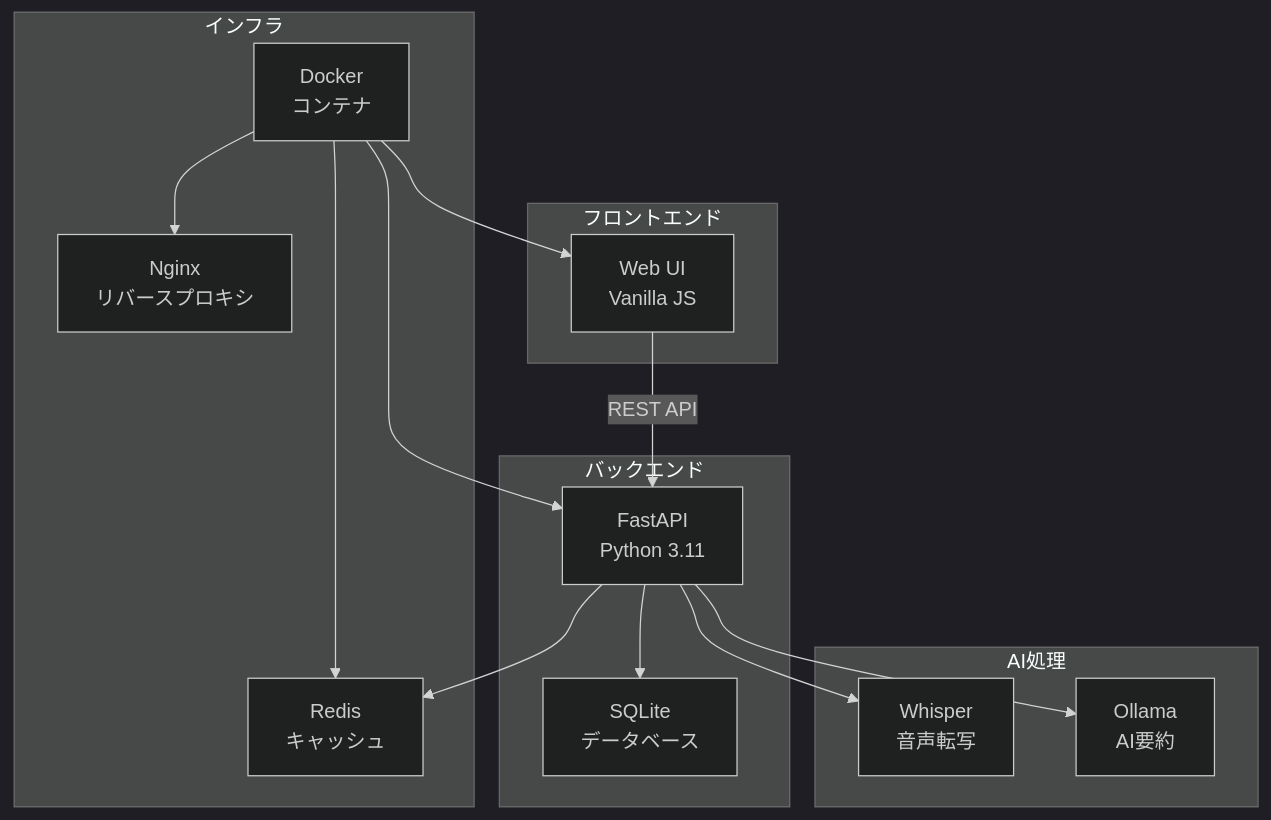
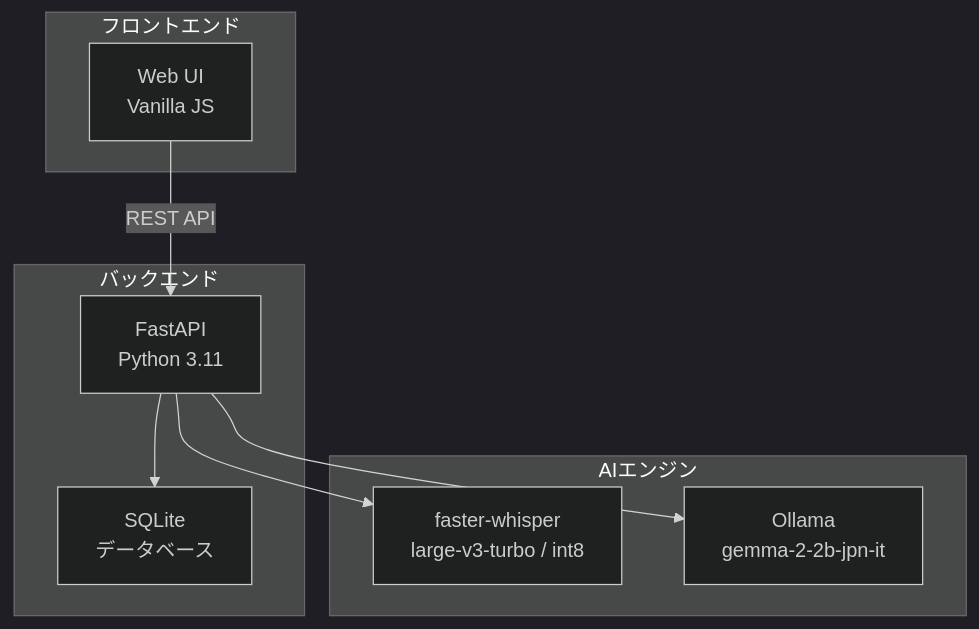
One commit to rikumiura32543/LocalAI-WhisperSummarizer changed the diagram in README.md. Above: the diagram before and after it, drawn with Mermaid (dark theme). The commit also changed other lines of this file and 21 other files, not shown here.

````diff
--- a/README.md
+++ b/README.md
@@ -31,32 +28,21 @@
 ```mermaid
 graph TB
     subgraph "フロントエンド"
         A[Web UI<br/>Vanilla JS]
     end
     
     subgraph "バックエンド"
         B[FastAPI<br/>Python 3.11]
         C[SQLite<br/>データベース]
     end
     
-    subgraph "AI処理"
-        D[Whisper<br/>音声転写]
-        E[Ollama<br/>AI要約]
-    end
-    
-    subgraph "インフラ"
-        F[Docker<br/>コンテナ]
-        G[Nginx<br/>リバースプロキシ]
-        H[Redis<br/>キャッシュ]
+    subgraph "AIエンジン"
+        D[faster-whisper<br/>large-v3-turbo / int8]
+        E[Ollama<br/>gemma-2-2b-jpn-it]
     end
     
     A -->|REST API| B
     B --> C
     B --> D
     B --> E
-    B --> H
-    F --> A
-    F --> B
-    F --> G
-    F --> H
 ```
````
